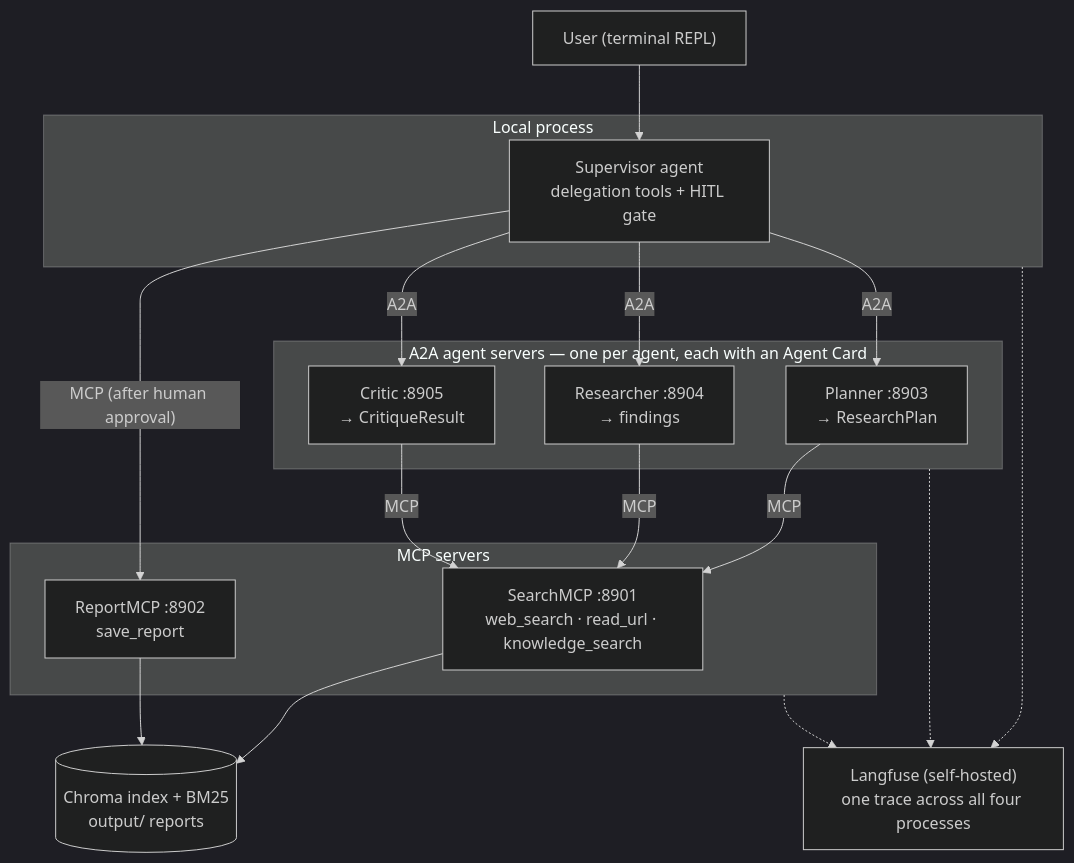
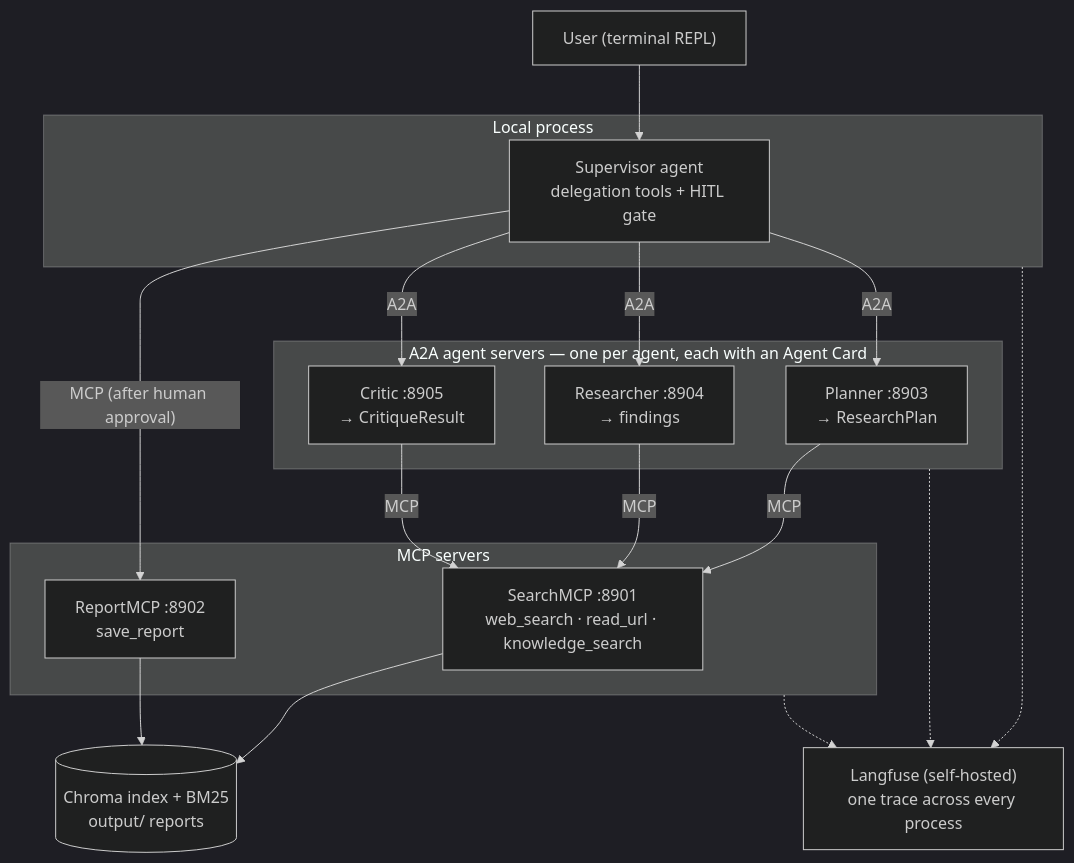
One commit to felkost/MA_systems_hl10 changed the first of 2 diagrams in README.md. Above: the diagram before and after it, drawn with Mermaid (dark theme). The commit also changed other lines of this file and 7 other files, not shown here.

````diff
--- a/README.md
+++ b/README.md
@@ -17,36 +17,36 @@
 ```mermaid
 flowchart TD
     User["User (terminal REPL)"]
 
     subgraph Local["Local process"]
         Supervisor["Supervisor agent<br/>delegation tools + HITL gate"]
     end
 
     subgraph A2A["A2A agent servers — one per agent, each with an Agent Card"]
         Planner["Planner :8903<br/>→ ResearchPlan"]
         Researcher["Researcher :8904<br/>→ findings"]
         Critic["Critic :8905<br/>→ CritiqueResult"]
     end
 
     subgraph MCP["MCP servers"]
         Search["SearchMCP :8901<br/>web_search · read_url · knowledge_search"]
         Report["ReportMCP :8902<br/>save_report"]
     end
 
     Stores[("Chroma index + BM25<br/>output/ reports")]
-    Langfuse["Langfuse (self-hosted)<br/>one trace across all four processes"]
+    Langfuse["Langfuse (self-hosted)<br/>one trace across every process"]
 
     User --> Supervisor
     Supervisor -- A2A --> Planner
     Supervisor -- A2A --> Researcher
     Supervisor -- A2A --> Critic
     Supervisor -- "MCP (after human approval)" --> Report
     Planner -- MCP --> Search
     Researcher -- MCP --> Search
     Critic -- MCP --> Search
     Search --> Stores
     Report --> Stores
     Local -.-> Langfuse
     A2A -.-> Langfuse
     MCP -.-> Langfuse
 ```
````
